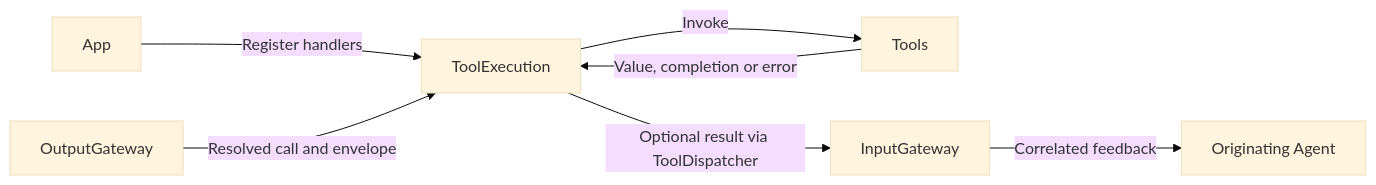
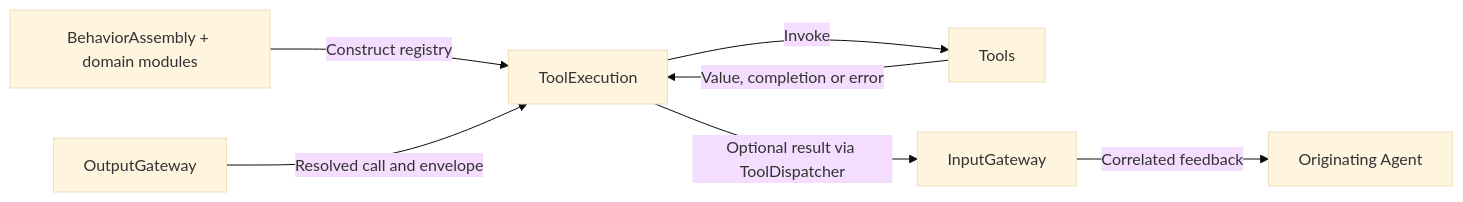
Before and after one commit to devilyouwei/MobileHarness: the first of 2 diagrams in MobileHarness/Tools/Runtime/README.md, drawn with Mermaid (base theme). The commit also changed other lines of this file and 103 other files, not shown here.

Commit message:
Implement action results, resource leases and domain-owned behavior modules

````diff
--- a/MobileHarness/Tools/Runtime/README.md
+++ b/MobileHarness/Tools/Runtime/README.md
@@ -18,9 +19,9 @@
 ```mermaid
 flowchart LR
-    App -->|Register handlers| ToolExecution
+    Assembly[BehaviorAssembly + domain modules] -->|Construct registry| ToolExecution
     Output[OutputGateway] -->|Resolved call and envelope| ToolExecution
     ToolExecution -->|Invoke| Tools
     Tools -->|Value, completion or error| ToolExecution
     ToolExecution -->|Optional result via ToolDispatcher| Input[InputGateway]
     Input -->|Correlated feedback| Agent[Originating Agent]
 ```
````
